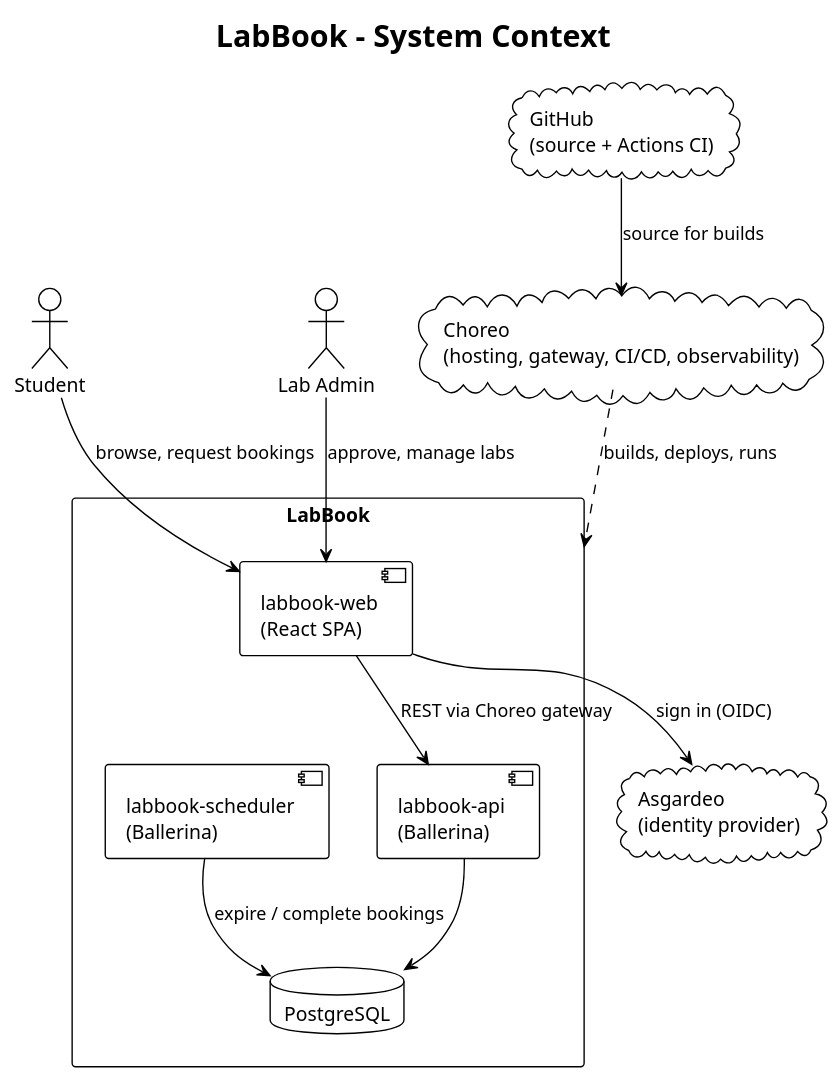
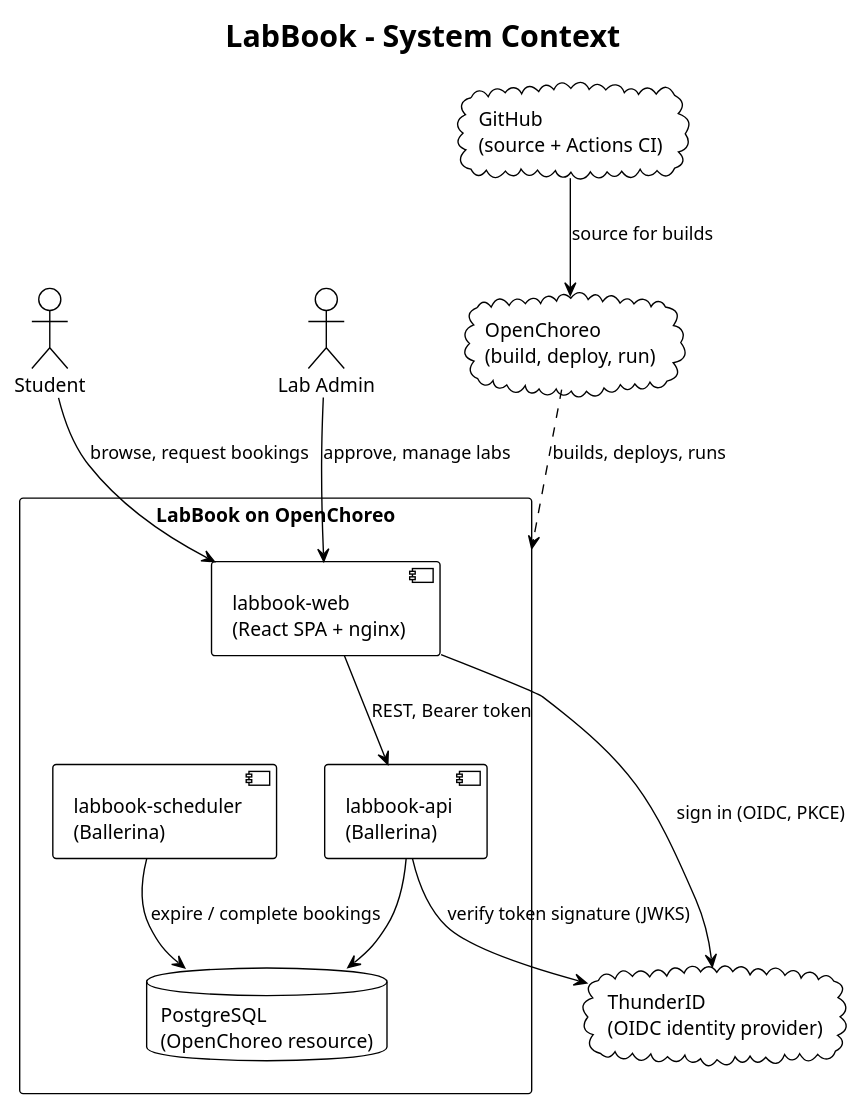
One commit to PulithThewmika/labbook changed the diagram in docs/diagrams/system-context.puml. Above: the diagram before and after it, drawn with PlantUML. The commit also changed 32 other files, not shown here.

First line of the commit message:
Target OpenChoreo and ThunderID only (#19)

```diff
--- a/docs/diagrams/system-context.puml
+++ b/docs/diagrams/system-context.puml
@@ -1,25 +1,26 @@
 @startuml system-context
 !theme plain
 title LabBook - System Context
 
 actor "Student" as S
 actor "Lab Admin" as A
-rectangle "LabBook" as LB {
-  component "labbook-web\n(React SPA)" as WEB
+rectangle "LabBook on OpenChoreo" as LB {
+  component "labbook-web\n(React SPA + nginx)" as WEB
   component "labbook-api\n(Ballerina)" as API
   component "labbook-scheduler\n(Ballerina)" as SCH
-  database "PostgreSQL" as DB
+  database "PostgreSQL\n(OpenChoreo resource)" as DB
 }
-cloud "Asgardeo\n(identity provider)" as IDP
-cloud "Choreo\n(hosting, gateway, CI/CD, observability)" as CH
+cloud "ThunderID\n(OIDC identity provider)" as IDP
+cloud "OpenChoreo\n(build, deploy, run)" as OC
 cloud "GitHub\n(source + Actions CI)" as GH
 
 S --> WEB : browse, request bookings
 A --> WEB : approve, manage labs
-WEB --> IDP : sign in (OIDC)
-WEB --> API : REST via Choreo gateway
+WEB --> IDP : sign in (OIDC, PKCE)
+WEB --> API : REST, Bearer token
+API --> IDP : verify token signature (JWKS)
 API --> DB
 SCH --> DB : expire / complete bookings
-GH --> CH : source for builds
-CH ..> LB : builds, deploys, runs
+GH --> OC : source for builds
+OC ..> LB : builds, deploys, runs
 @enduml
```
